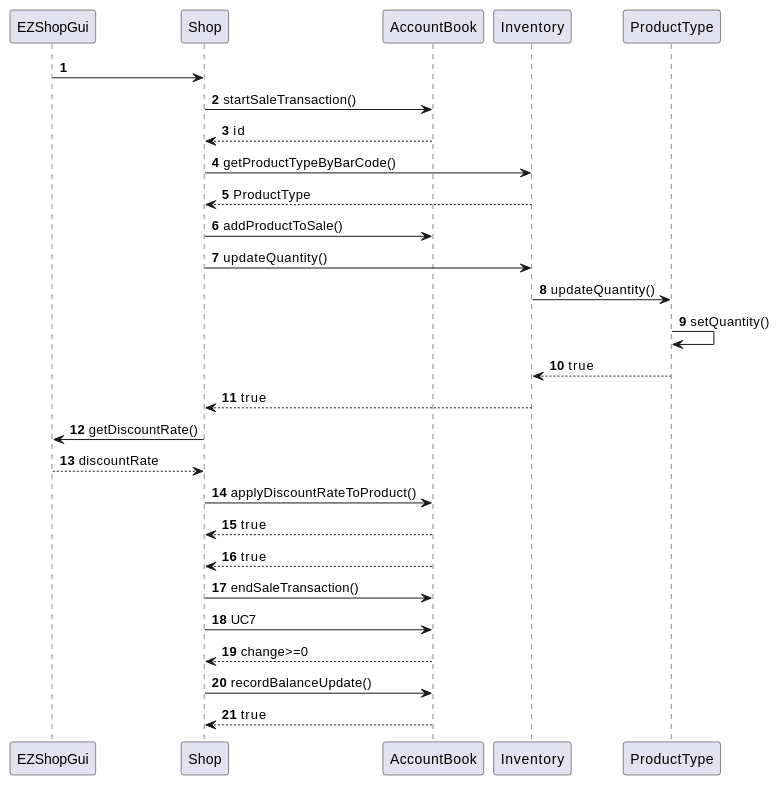
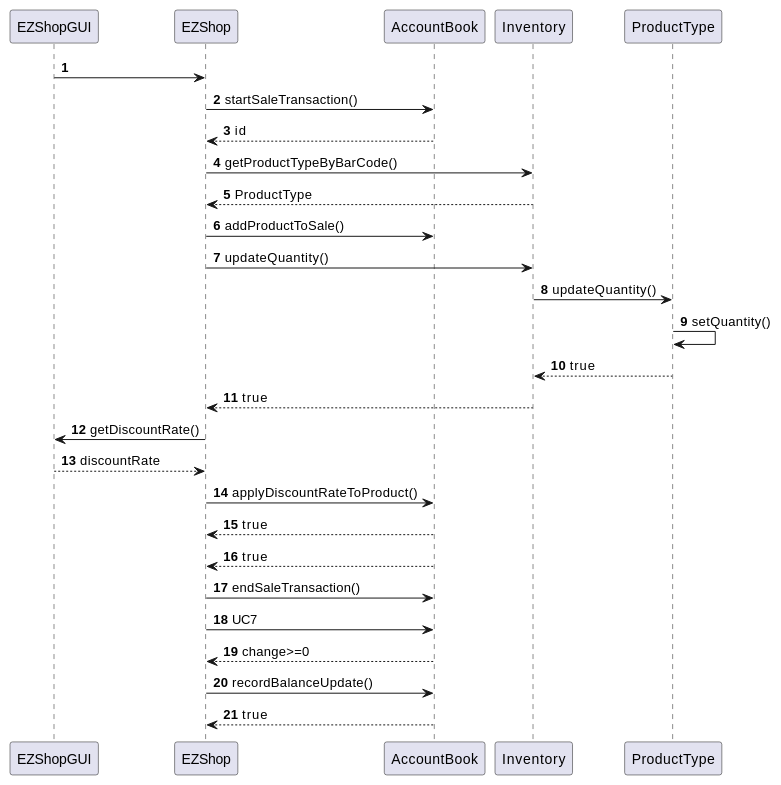
One commit to mkexc/ezshop changed diagram 16 of 22 in Deliverables/DesignDocument.md. Above: the diagram before and after it, drawn with PlantUML. The commit also changed other lines of this file, not shown here.

````diff
--- a/Deliverables/DesignDocument.md
+++ b/Deliverables/DesignDocument.md
@@ -560,26 +457,26 @@
 ```plantuml
 @startuml
 autonumber
-EZShopGui -> Shop
-Shop -> AccountBook : startSaleTransaction()
-Shop <-- AccountBook : id
-Shop -> Inventory : getProductTypeByBarCode()
-Shop <-- Inventory : ProductType
-Shop -> AccountBook : addProductToSale()
-Shop -> Inventory : updateQuantity()
+EZShopGUI -> EZShop
+EZShop -> AccountBook : startSaleTransaction()
+EZShop <-- AccountBook : id
+EZShop -> Inventory : getProductTypeByBarCode()
+EZShop <-- Inventory : ProductType
+EZShop -> AccountBook : addProductToSale()
+EZShop -> Inventory : updateQuantity()
 Inventory -> ProductType : updateQuantity()
 ProductType -> ProductType : setQuantity()
 Inventory <-- ProductType : true
-Shop <-- Inventory : true
-EZShopGui <- Shop : getDiscountRate()
-EZShopGui --> Shop : discountRate
-Shop -> AccountBook: applyDiscountRateToProduct()
-Shop <-- AccountBook: true
-Shop <-- AccountBook : true
-Shop -> AccountBook : endSaleTransaction()
-Shop -> AccountBook : UC7
-Shop <-- AccountBook : change>=0
-Shop -> AccountBook : recordBalanceUpdate()
-Shop <-- AccountBook : true
+EZShop <-- Inventory : true
+EZShopGUI <- EZShop : getDiscountRate()
+EZShopGUI --> EZShop : discountRate
+EZShop -> AccountBook: applyDiscountRateToProduct()
+EZShop <-- AccountBook: true
+EZShop <-- AccountBook : true
+EZShop -> AccountBook : endSaleTransaction()
+EZShop -> AccountBook : UC7
+EZShop <-- AccountBook : change>=0
+EZShop -> AccountBook : recordBalanceUpdate()
+EZShop <-- AccountBook : true
 @enduml
 ```
````
